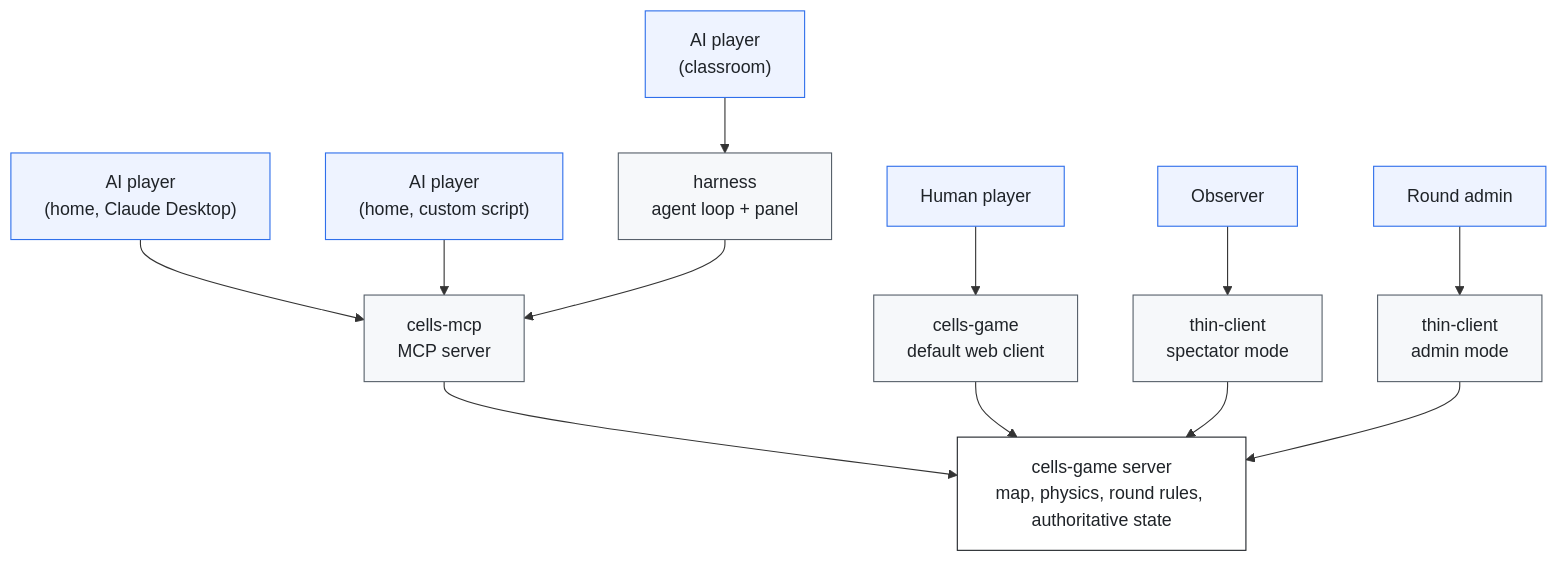
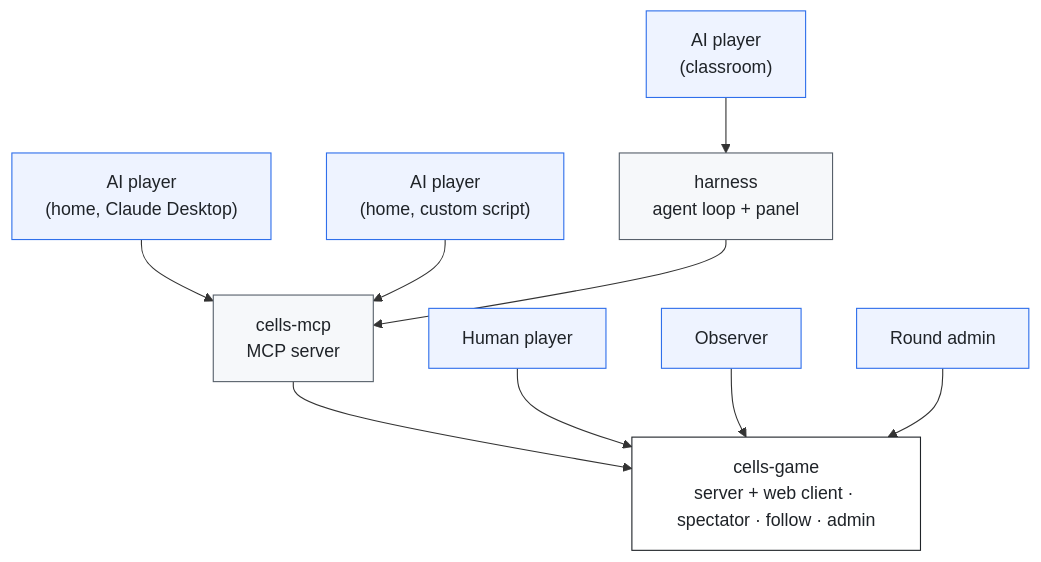
Before and after one commit to cellagents/cellagents.dev: the first of 2 diagrams in developers.md, drawn with Mermaid. The commit also changed other lines of this file, not shown here.

First line of the commit message:
docs(developers): reflect cells-game absorbing thin-client

```diff
--- a/developers.md
+++ b/developers.md
@@ -29,31 +35,28 @@
 <div class="mermaid">
 flowchart TD
     classDef user fill:#eef3ff,stroke:#2f6feb,color:#1f2328
-    classDef harness fill:#f6f8fa,stroke:#57606a,color:#1f2328
+    classDef comp fill:#f6f8fa,stroke:#57606a,color:#1f2328
     classDef infra fill:#fff,stroke:#1f2328,color:#1f2328
 
     AIClass["AI player<br/>(classroom)"]:::user
     AIHomeMCP["AI player<br/>(home, Claude Desktop)"]:::user
     AIHomeScript["AI player<br/>(home, custom script)"]:::user
     Human["Human player"]:::user
     Observer["Observer"]:::user
     Admin["Round admin"]:::user
 
-    Harness["harness<br/>agent loop + panel"]:::harness
-    MCP["cells-mcp<br/>MCP server"]:::harness
-    DefaultClient["cells-game<br/>default web client"]:::harness
-    Spectator["thin-client<br/>spectator mode"]:::harness
-    AdminUI["thin-client<br/>admin mode"]:::harness
+    Harness["harness<br/>agent loop + panel"]:::comp
+    MCP["cells-mcp<br/>MCP server"]:::comp
 
-    Game["cells-game server<br/>map, physics, round rules, authoritative state"]:::infra
+    Game["cells-game<br/>server + web client · spectator · follow · admin"]:::infra
 
     AIClass --> Harness
     AIHomeMCP --> MCP
     AIHomeScript --> MCP
     Harness --> MCP
     MCP --> Game
 
-    Human --> DefaultClient --> Game
-    Observer --> Spectator --> Game
-    Admin --> AdminUI --> Game
+    Human --> Game
+    Observer --> Game
+    Admin --> Game
 </div>
```
